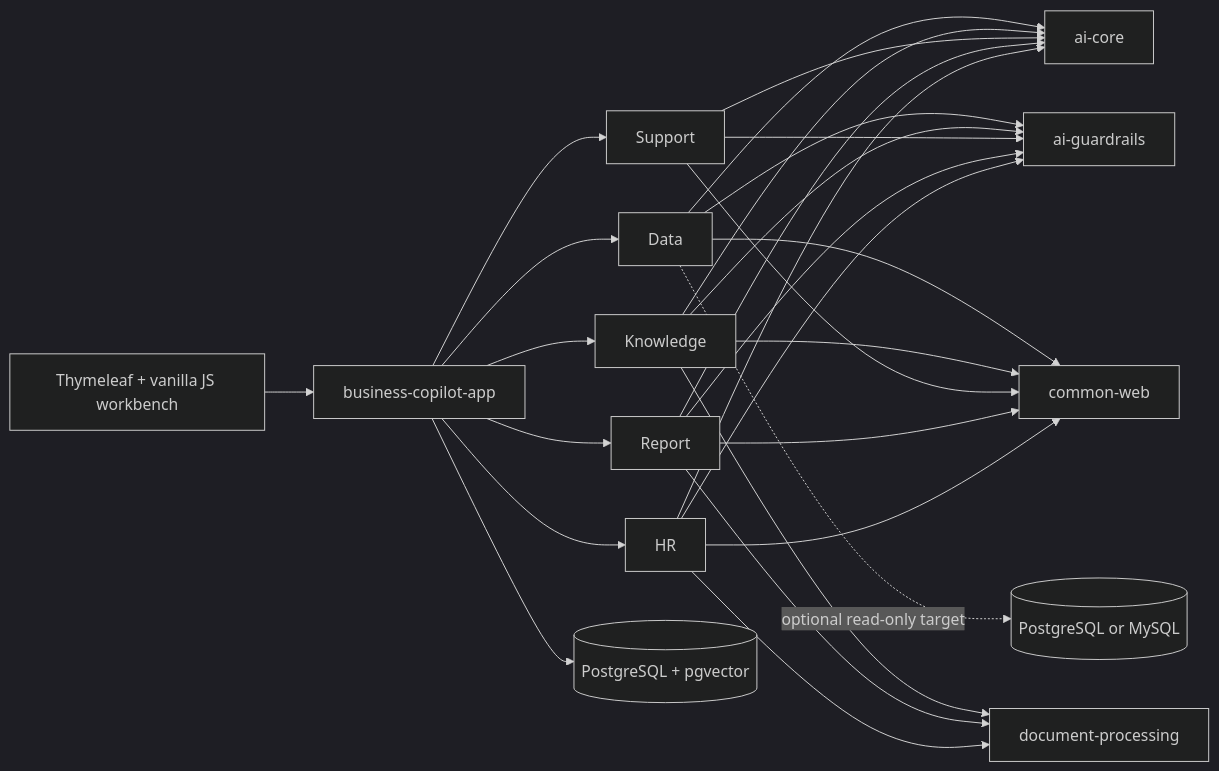
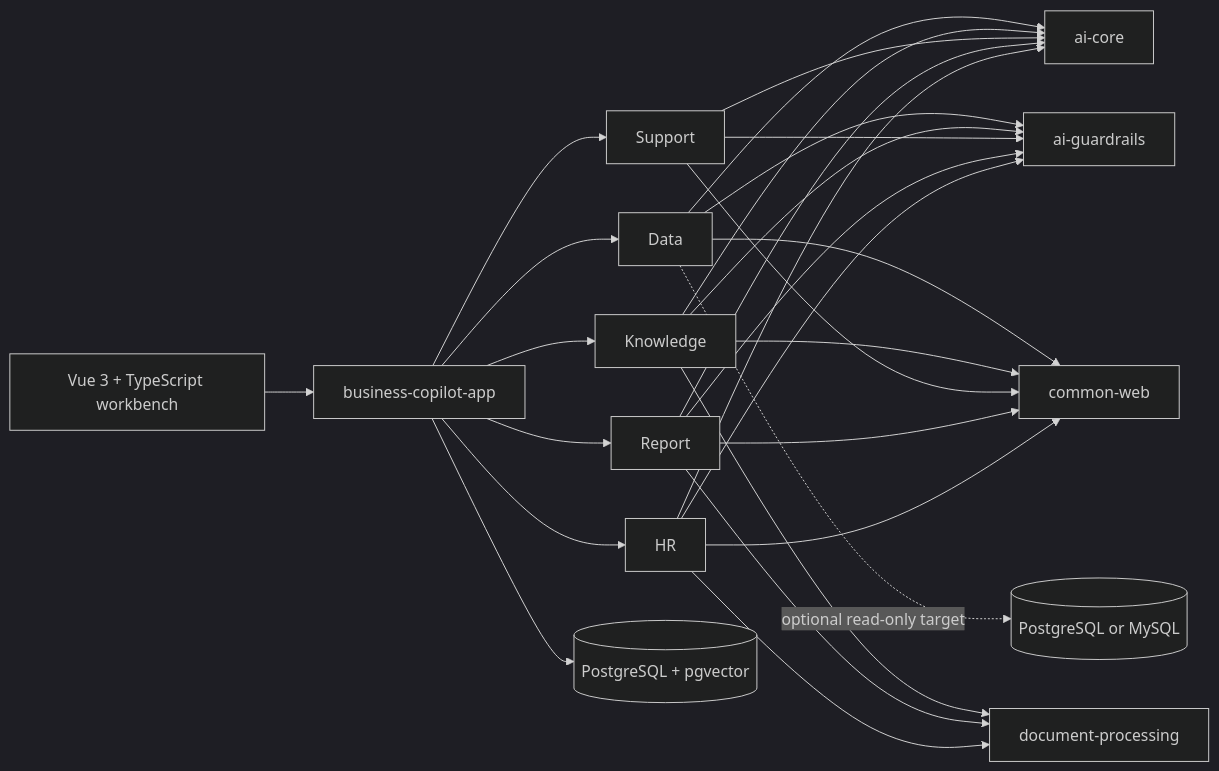
The diagram in README.md (qcodingdev/spring-ai-business-copilot), drawn with Mermaid (dark theme) before and after one commit. The commit also changed other lines of this file and 170 other files, not shown here.

````diff
--- a/README.md
+++ b/README.md
@@ -128,11 +130,11 @@
 ```mermaid
 flowchart LR
-    UI["Thymeleaf + vanilla JS workbench"] --> APP["business-copilot-app"]
+    UI["Vue 3 + TypeScript workbench"] --> APP["business-copilot-app"]
     APP --> DATA["Data"] & KNOW["Knowledge"] & SUPPORT["Support"] & REPORT["Report"] & HR["HR"]
     KNOW & REPORT & HR --> DOC["document-processing"]
     DATA & KNOW & SUPPORT & REPORT & HR --> AI["ai-core"]
     DATA & KNOW & SUPPORT & REPORT & HR --> GUARD["ai-guardrails"]
     DATA & KNOW & SUPPORT & REPORT & HR --> WEB["common-web"]
     APP --> DB[("PostgreSQL + pgvector")]
     DATA -. optional read-only target .-> BIZ[("PostgreSQL or MySQL")]
 ```
````
